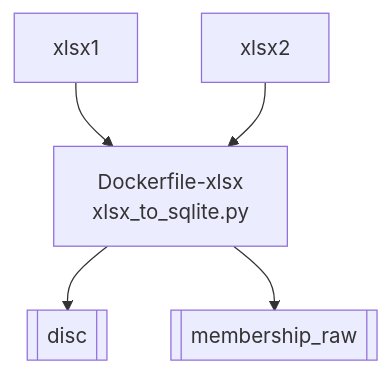
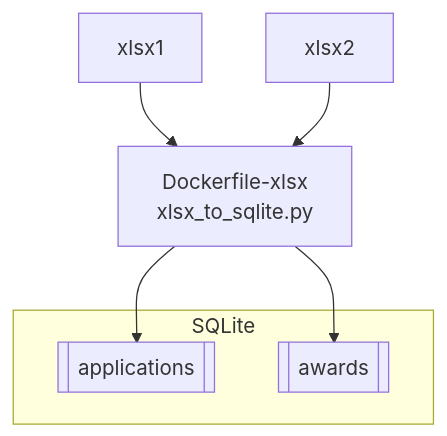
Before and after one commit to opennebraska/nsorg: the diagram in README.md, drawn with Mermaid.

Commit message:
Update Mermaid chart

````diff
--- a/README.md
+++ b/README.md
@@ -15,8 +15,12 @@
 ```mermaid
 flowchart TD
   xlsx1-->Dockerfile-xlsx["`Dockerfile-xlsx
     xlsx_to_sqlite.py`"]
   xlsx2-->Dockerfile-xlsx
-  Dockerfile-xlsx-->disc[[disc]]
-  Dockerfile-xlsx-->membership_raw[[membership_raw]]
+  Dockerfile-xlsx-->applications[[applications]]
+  Dockerfile-xlsx-->awards[[awards]]
+  subgraph SQLite1 [SQLite]
+    applications
+    awards
+  end
 ```
````
